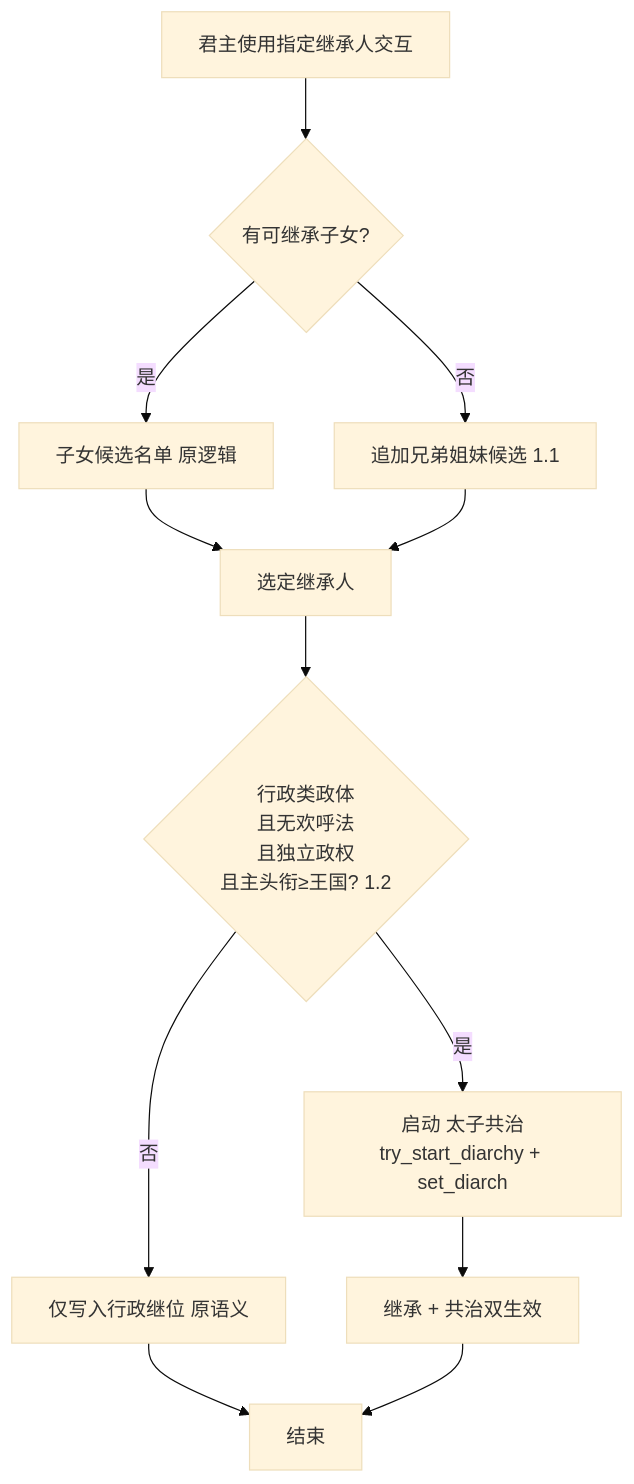
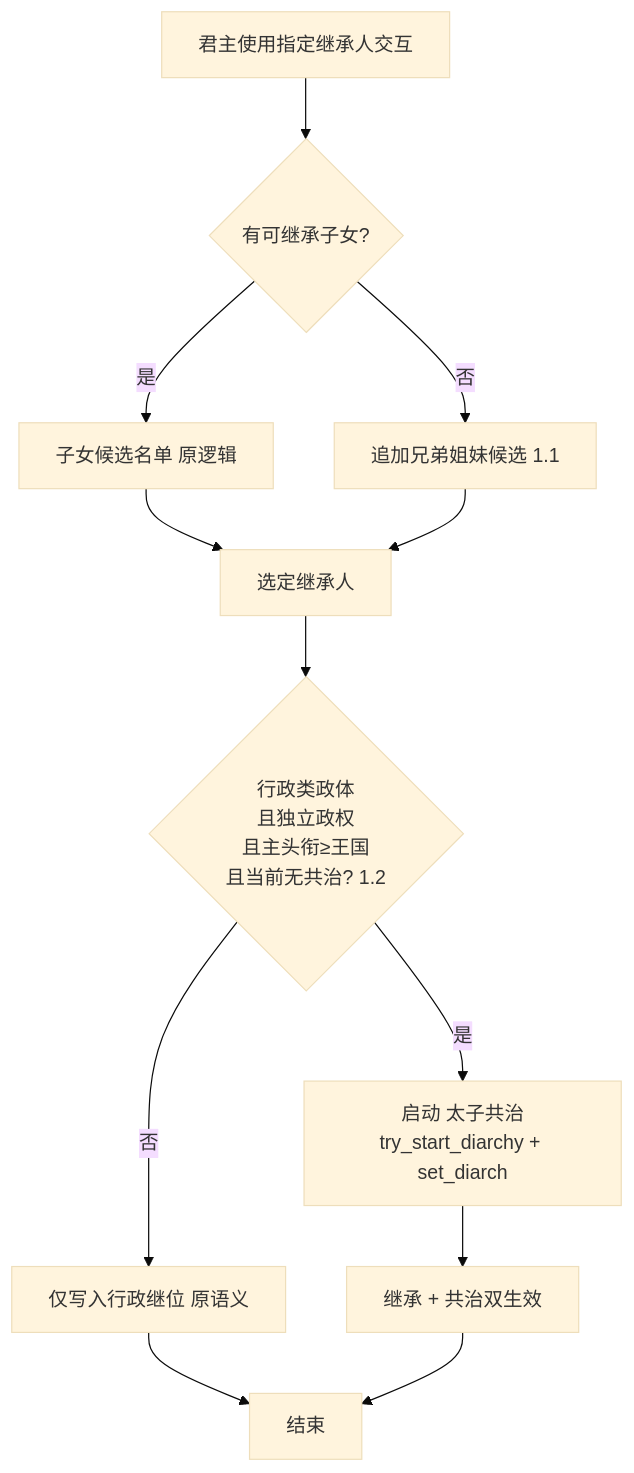
One commit to FeronCompany/ck3_for_the_realm changed the first of 4 diagrams in document/task_design/03-共治者机制强化设计.md. Above: the diagram before and after it, drawn with Mermaid (base theme). The commit also changed other lines of this file and 58 other files, not shown here.

````diff
--- a/document/task_design/03-共治者机制强化设计.md
+++ b/document/task_design/03-共治者机制强化设计.md
@@ -77,14 +85,14 @@
 ```mermaid
 flowchart TD
     A[君主使用指定继承人交互] --> B{有可继承子女?}
     B -- 是 --> C[子女候选名单 原逻辑]
     B -- 否 --> D[追加兄弟姐妹候选 1.1]
     C --> E[选定继承人]
     D --> E
-    E --> F{行政类政体<br/>且无欢呼法<br/>且独立政权<br/>且主头衔≥王国? 1.2}
+    E --> F{行政类政体<br/>且独立政权<br/>且主头衔≥王国<br/>且当前无共治? 1.2}
     F -- 否 --> G[仅写入行政继位 原语义]
     F -- 是 --> H[启动 太子共治<br/>try_start_diarchy + set_diarch]
     H --> I[继承 + 共治双生效]
     G --> J[结束]
     I --> J
 ```
````
